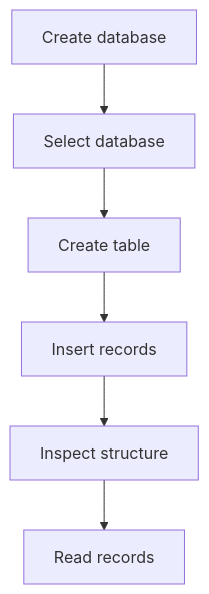
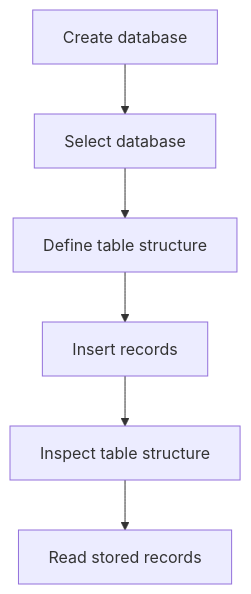
Before and after one commit to VivekCodes07/SQL-Core: the diagram in 01-Relational-Database-Foundations/L02-Tables-Rows-and-Columns/README.md, drawn with Mermaid. The commit also changed other lines of this file and 2 other files, not shown here.

````diff
--- a/01-Relational-Database-Foundations/L02-Tables-Rows-and-Columns/README.md
+++ b/01-Relational-Database-Foundations/L02-Tables-Rows-and-Columns/README.md
@@ -475,8 +380,8 @@
 ```mermaid
 flowchart TD
     A["Create database"] --> B["Select database"]
-    B --> C["Create table"]
+    B --> C["Define table structure"]
     C --> D["Insert records"]
-    D --> E["Inspect structure"]
-    E --> F["Read records"]
+    D --> E["Inspect table structure"]
+    E --> F["Read stored records"]
 ```
````
